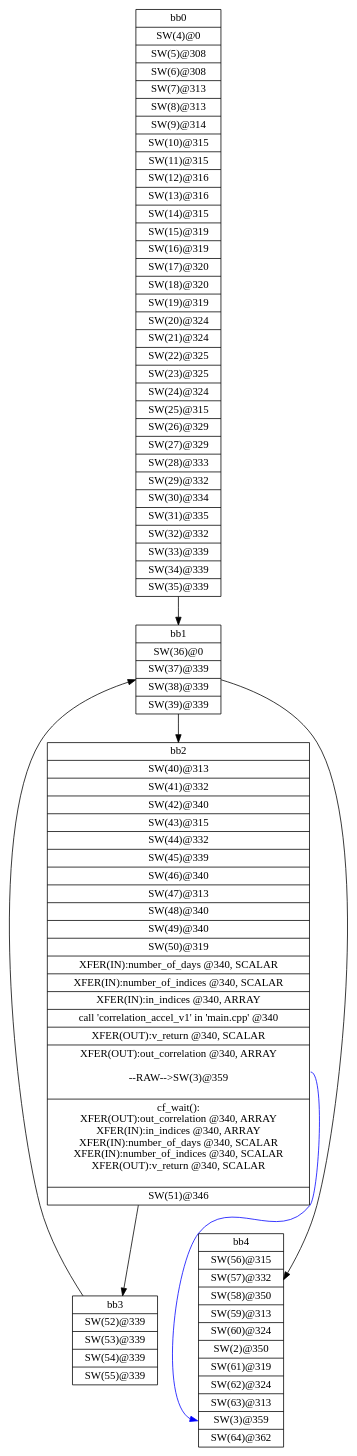
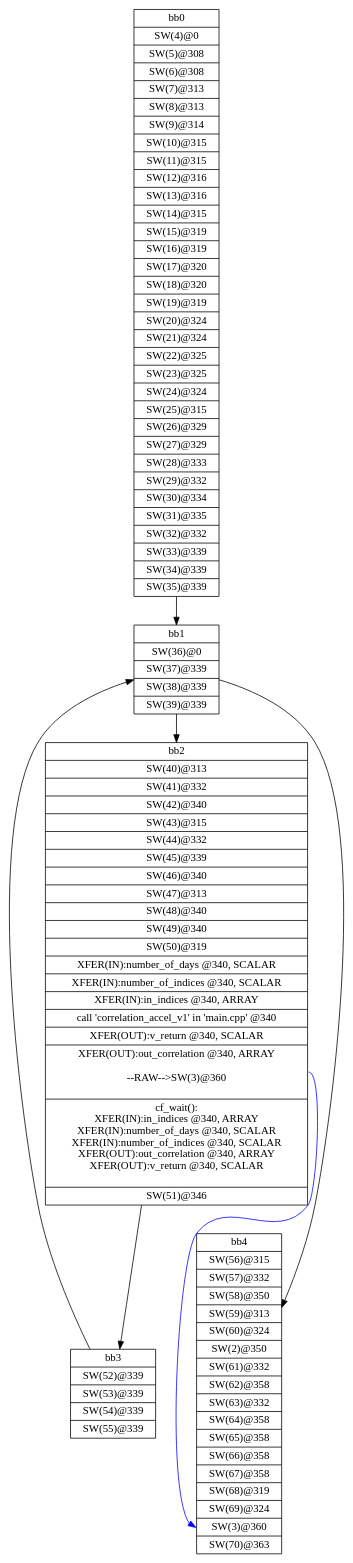
Before and after one commit to nguyencanhtrung/SDSoC: the diagram in workspace/correlation_ver1/correlation_ver1_linux/SDRelease/_sds/.llvm/_px_cdfg_wait_main.dot, drawn with Graphviz. The commit also changed 26 other files, not shown here.

```diff
--- a/workspace/correlation_ver1/correlation_ver1_linux/SDRelease/_sds/.llvm/_px_cdfg_wait_main.dot
+++ b/workspace/correlation_ver1/correlation_ver1_linux/SDRelease/_sds/.llvm/_px_cdfg_wait_main.dot
@@ -1,14 +1,14 @@
 digraph CDFG {
 node [shape=record];
-bb0 [shape=record, label = "{bb0|<x0x2c50810>SW(4)@0\n|<x0x2c50430>SW(5)@308\n|<x0x2c50590>SW(6)@308\n|<x0x2c506f0>SW(7)@313\n|<x0x2c0e900>SW(8)@313\n|<x0x2c0ea60>SW(9)@314\n|<x0x2c0ebc0>SW(10)@315\n|<x0x2c0ed20>SW(11)@315\n|<x0x2c0ee80>SW(12)@316\n|<x0x2c0eff0>SW(13)@316\n|<x0x2c0f120>SW(14)@315\n|<x0x2c0f280>SW(15)@319\n|<x0x2c0f3e0>SW(16)@319\n|<x0x2c0f540>SW(17)@320\n|<x0x2c0f6b0>SW(18)@320\n|<x0x2c0f7e0>SW(19)@319\n|<x0x2c0f940>SW(20)@324\n|<x0x2c0faa0>SW(21)@324\n|<x0x2c0fc00>SW(22)@325\n|<x0x2c0fd70>SW(23)@325\n|<x0x2c0fea0>SW(24)@324\n|<x0x2c10000>SW(25)@315\n|<x0x2c10160>SW(26)@329\n|<x0x2c10290>SW(27)@329\n|<x0x2c103e0>SW(28)@333\n|<x0x2c10550>SW(29)@332\n|<x0x2c106c0>SW(30)@334\n|<x0x2c519b0>SW(31)@335\n|<x0x2c53b30>SW(32)@332\n|<x0x2c53ca0>SW(33)@339\n|<x0x2c53de0>SW(34)@339\n|<x0x2c53f40>SW(35)@339\n}"];
-bb1 [shape=record, label = "{bb1|<x0x2c51af0>SW(36)@0\n|<x0x2c51bb0>SW(37)@339\n|<x0x2c51d10>SW(38)@339\n|<x0x2c51e50>SW(39)@339\n}"];
-bb2 [shape=record, label = "{bb2|<x0x2c51a90>SW(40)@313\n|<x0x2c52130>SW(41)@332\n|<x0x2c522a0>SW(42)@340\n|<x0x2c523e0>SW(43)@315\n|<x0x2c52540>SW(44)@332\n|<x0x2c526b0>SW(45)@339\n|<x0x2c52810>SW(46)@340\n|<x0x2c52950>SW(47)@313\n|<x0x2c52ab0>SW(48)@340\n|<x0x2c52be0>SW(49)@340\n|<x0x2c52d20>SW(50)@319\n|<x0x2c54100>XFER(IN):number_of_days @340, SCALAR\n|<x0x2c54180>XFER(IN):number_of_indices @340, SCALAR\n|<x0x2c54200>XFER(IN):in_indices @340, ARRAY\n|<x0x2c0ad60>call 'correlation_accel_v1' in 'main.cpp' @340\n|<x0x2c54300>XFER(OUT):v_return @340, SCALAR\n|<x0x2c54280>XFER(OUT):out_correlation @340, ARRAY\n\n--RAW--\>SW(3)@359\n\n|<x0x2c54380>cf_wait(): \nXFER(OUT):out_correlation @340, ARRAY\nXFER(IN):in_indices @340, ARRAY\nXFER(IN):number_of_days @340, SCALAR\nXFER(IN):number_of_indices @340, SCALAR\nXFER(OUT):v_return @340, SCALAR\n\n|<x0x2c52e80>SW(51)@346\n}"];
-bb3 [shape=record, label = "{bb3|<x0x2c52f60>SW(52)@339\n|<x0x2c530c0>SW(53)@339\n|<x0x2c53200>SW(54)@339\n|<x0x2c53360>SW(55)@339\n}"];
-bb4 [shape=record, label = "{bb4|<x0x2c51f80>SW(56)@315\n|<x0x2c53690>SW(57)@332\n|<x0x2c53800>SW(58)@350\n|<x0x2c53940>SW(59)@313\n|<x0x2c54020>SW(60)@324\n|<x0x2c0e640>SW(2)@350\n|<x0x2c56190>SW(61)@319\n|<x0x2c562f0>SW(62)@324\n|<x0x2c56450>SW(63)@313\n|<x0x2c0e5e0>SW(3)@359\n|<x0x2c565b0>SW(64)@362\n}"];
+bb0 [shape=record, label = "{bb0|<x0x2233230>SW(4)@0\n|<x0x2232e50>SW(5)@308\n|<x0x2232fb0>SW(6)@308\n|<x0x2233110>SW(7)@313\n|<x0x21f1320>SW(8)@313\n|<x0x21f1480>SW(9)@314\n|<x0x21f15e0>SW(10)@315\n|<x0x21f1740>SW(11)@315\n|<x0x21f18a0>SW(12)@316\n|<x0x21f1a10>SW(13)@316\n|<x0x21f1b40>SW(14)@315\n|<x0x21f1ca0>SW(15)@319\n|<x0x21f1e00>SW(16)@319\n|<x0x21f1f60>SW(17)@320\n|<x0x21f20d0>SW(18)@320\n|<x0x21f2200>SW(19)@319\n|<x0x21f2360>SW(20)@324\n|<x0x21f24c0>SW(21)@324\n|<x0x21f2620>SW(22)@325\n|<x0x21f2790>SW(23)@325\n|<x0x21f28c0>SW(24)@324\n|<x0x21f2a20>SW(25)@315\n|<x0x21f2b80>SW(26)@329\n|<x0x21f2cb0>SW(27)@329\n|<x0x21f2e00>SW(28)@333\n|<x0x21f2f70>SW(29)@332\n|<x0x21f30e0>SW(30)@334\n|<x0x2234550>SW(31)@335\n|<x0x22366d0>SW(32)@332\n|<x0x2236840>SW(33)@339\n|<x0x2236980>SW(34)@339\n|<x0x2236ae0>SW(35)@339\n}"];
+bb1 [shape=record, label = "{bb1|<x0x2234690>SW(36)@0\n|<x0x2234750>SW(37)@339\n|<x0x22348b0>SW(38)@339\n|<x0x22349f0>SW(39)@339\n}"];
+bb2 [shape=record, label = "{bb2|<x0x2234630>SW(40)@313\n|<x0x2234cd0>SW(41)@332\n|<x0x2234e40>SW(42)@340\n|<x0x2234f80>SW(43)@315\n|<x0x22350e0>SW(44)@332\n|<x0x2235250>SW(45)@339\n|<x0x22353b0>SW(46)@340\n|<x0x22354f0>SW(47)@313\n|<x0x2235650>SW(48)@340\n|<x0x2235780>SW(49)@340\n|<x0x22358c0>SW(50)@319\n|<x0x2237400>XFER(IN):number_of_days @340, SCALAR\n|<x0x2237480>XFER(IN):number_of_indices @340, SCALAR\n|<x0x2237500>XFER(IN):in_indices @340, ARRAY\n|<x0x21ed780>call 'correlation_accel_v1' in 'main.cpp' @340\n|<x0x2237600>XFER(OUT):v_return @340, SCALAR\n|<x0x2237580>XFER(OUT):out_correlation @340, ARRAY\n\n--RAW--\>SW(3)@360\n\n|<x0x21f1220>cf_wait(): \nXFER(IN):in_indices @340, ARRAY\nXFER(IN):number_of_days @340, SCALAR\nXFER(IN):number_of_indices @340, SCALAR\nXFER(OUT):out_correlation @340, ARRAY\nXFER(OUT):v_return @340, SCALAR\n\n|<x0x2235a20>SW(51)@346\n}"];
+bb3 [shape=record, label = "{bb3|<x0x2235b00>SW(52)@339\n|<x0x2235c60>SW(53)@339\n|<x0x2235da0>SW(54)@339\n|<x0x2235f00>SW(55)@339\n}"];
+bb4 [shape=record, label = "{bb4|<x0x2234b20>SW(56)@315\n|<x0x2236230>SW(57)@332\n|<x0x22363a0>SW(58)@350\n|<x0x22364e0>SW(59)@313\n|<x0x2236bc0>SW(60)@324\n|<x0x21f1060>SW(2)@350\n|<x0x2238d30>SW(61)@332\n|<x0x2238ea0>SW(62)@358\n|<x0x2238fe0>SW(63)@332\n|<x0x2239150>SW(64)@358\n|<x0x2236ca0>SW(65)@358\n|<x0x2236dd0>SW(66)@358\n|<x0x2236f00>SW(67)@358\n|<x0x2237060>SW(68)@319\n|<x0x22371c0>SW(69)@324\n|<x0x21f1000>SW(3)@360\n|<x0x2237320>SW(70)@363\n}"];
 bb0 -> bb1
 bb1 -> bb2
 bb1 -> bb4
 bb2 -> bb3
 bb3 -> bb1
-bb2:x0x2c54280 -> bb4:x0x2c0e5e0[color=blue]
+bb2:x0x2237580 -> bb4:x0x21f1000[color=blue]
 }
```
